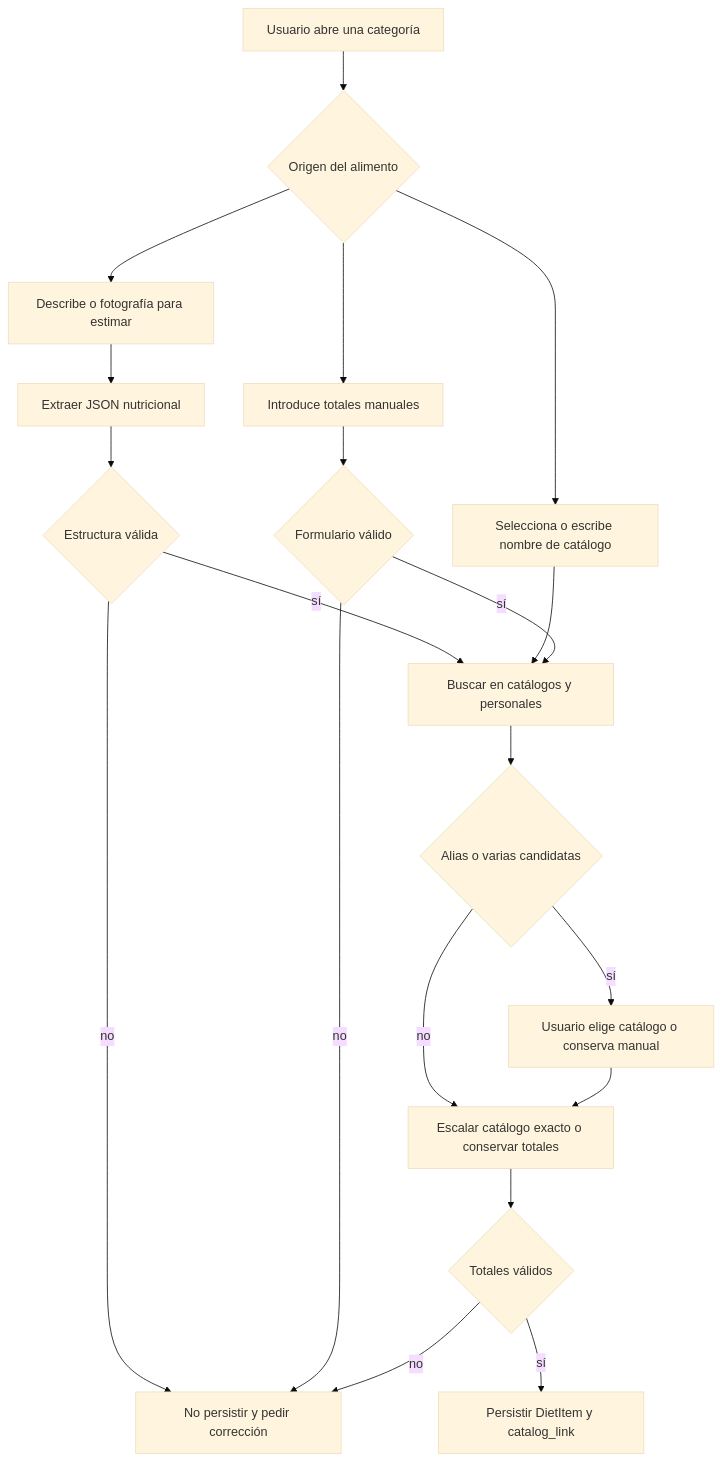
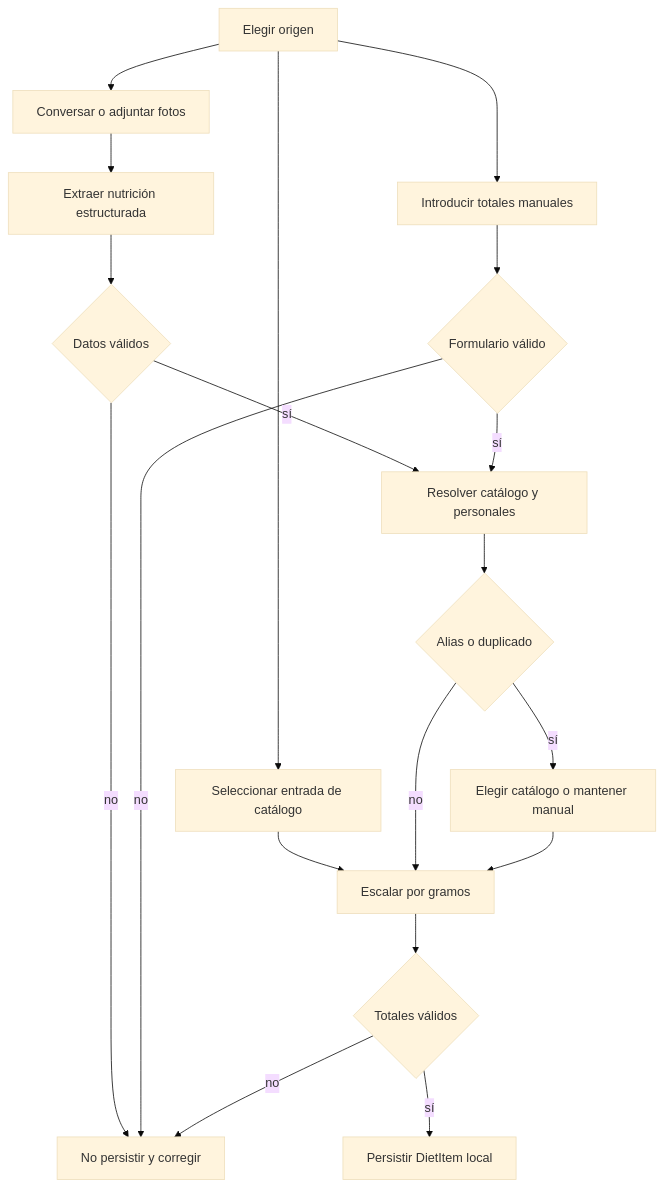
Before and after one commit to maximofn/gymnasia: the second of 3 diagrams in openwiki/mobile/diet-and-food-estimation.md, drawn with Mermaid (base theme). The commit also changed other lines of this file and 22 other files, not shown here.

````diff
--- a/openwiki/mobile/diet-and-food-estimation.md
+++ b/openwiki/mobile/diet-and-food-estimation.md
@@ -122,22 +126,21 @@
 ```mermaid
 flowchart TD
-    Start["Usuario abre una categoría"] --> Route{"Origen del alimento"}
-    Route --> Catalog["Selecciona o escribe nombre de catálogo"]
-    Route --> Manual["Introduce totales manuales"]
-    Route --> Estimate["Describe o fotografía para estimar"]
-    Estimate --> Extract["Extraer JSON nutricional"]
-    Extract --> EstimateValid{"Estructura válida"}
-    EstimateValid -->|"no"| Correct["No persistir y pedir corrección"]
-    EstimateValid -->|"sí"| Match
-    Catalog --> Match["Buscar en catálogos y personales"]
-    Manual --> FormValid{"Formulario válido"}
-    FormValid -->|"no"| Correct
-    FormValid -->|"sí"| Match
-    Match --> Ambiguous{"Alias o varias candidatas"}
-    Ambiguous -->|"sí"| Choose["Usuario elige catálogo o conserva manual"]
-    Ambiguous -->|"no"| Snapshot["Escalar catálogo exacto o conservar totales"]
-    Choose --> Snapshot
+    Begin["Elegir origen"] --> Catalog["Seleccionar entrada de catálogo"]
+    Begin --> Manual["Introducir totales manuales"]
+    Begin --> Estimator["Conversar o adjuntar fotos"]
+    Estimator --> Structured["Extraer nutrición estructurada"]
+    Structured --> ValidStructured{"Datos válidos"}
+    ValidStructured -->|"no"| Repair["No persistir y corregir"]
+    ValidStructured -->|"sí"| Resolve
+    Manual --> ValidForm{"Formulario válido"}
+    ValidForm -->|"no"| Repair
+    ValidForm -->|"sí"| Resolve["Resolver catálogo y personales"]
+    Catalog --> Snapshot["Escalar por gramos"]
+    Resolve --> Multiple{"Alias o duplicado"}
+    Multiple -->|"sí"| Choice["Elegir catálogo o mantener manual"]
+    Multiple -->|"no"| Snapshot
+    Choice --> Snapshot
     Snapshot --> FinalValid{"Totales válidos"}
-    FinalValid -->|"no"| Correct
-    FinalValid -->|"sí"| Persist["Persistir DietItem y catalog_link"]
+    FinalValid -->|"no"| Repair
+    FinalValid -->|"sí"| Store["Persistir DietItem local"]
 ```
````
